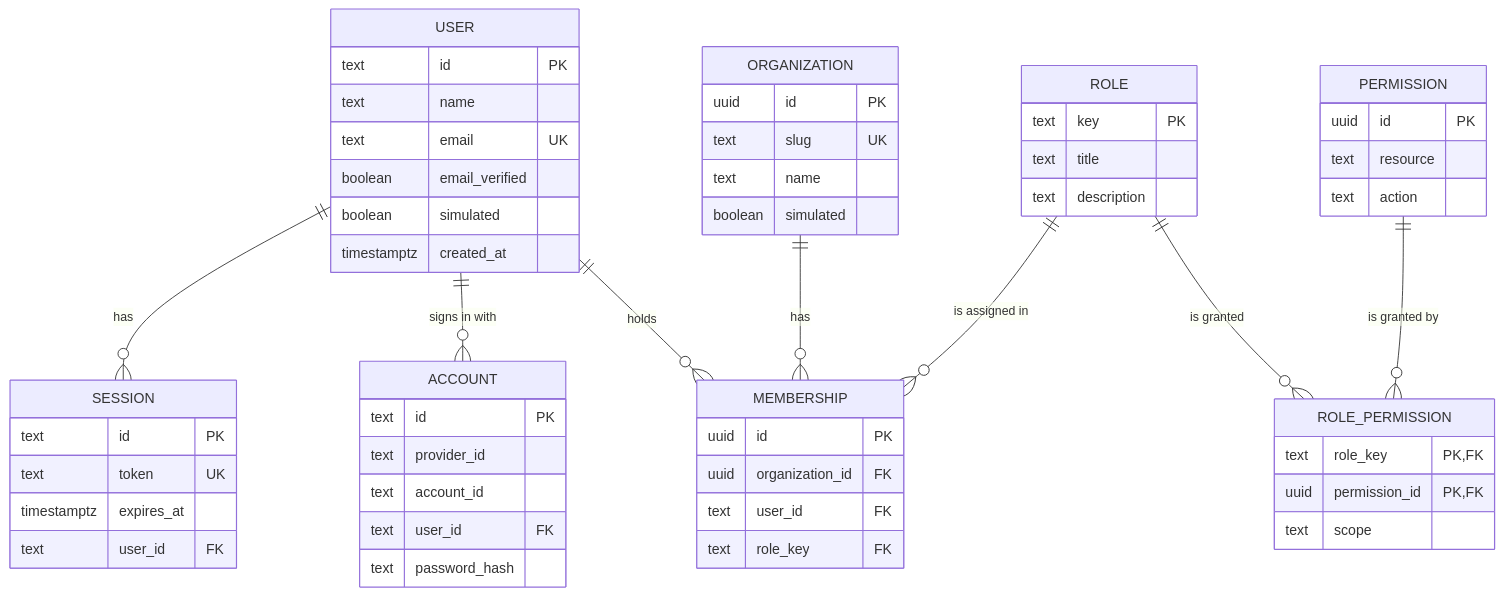
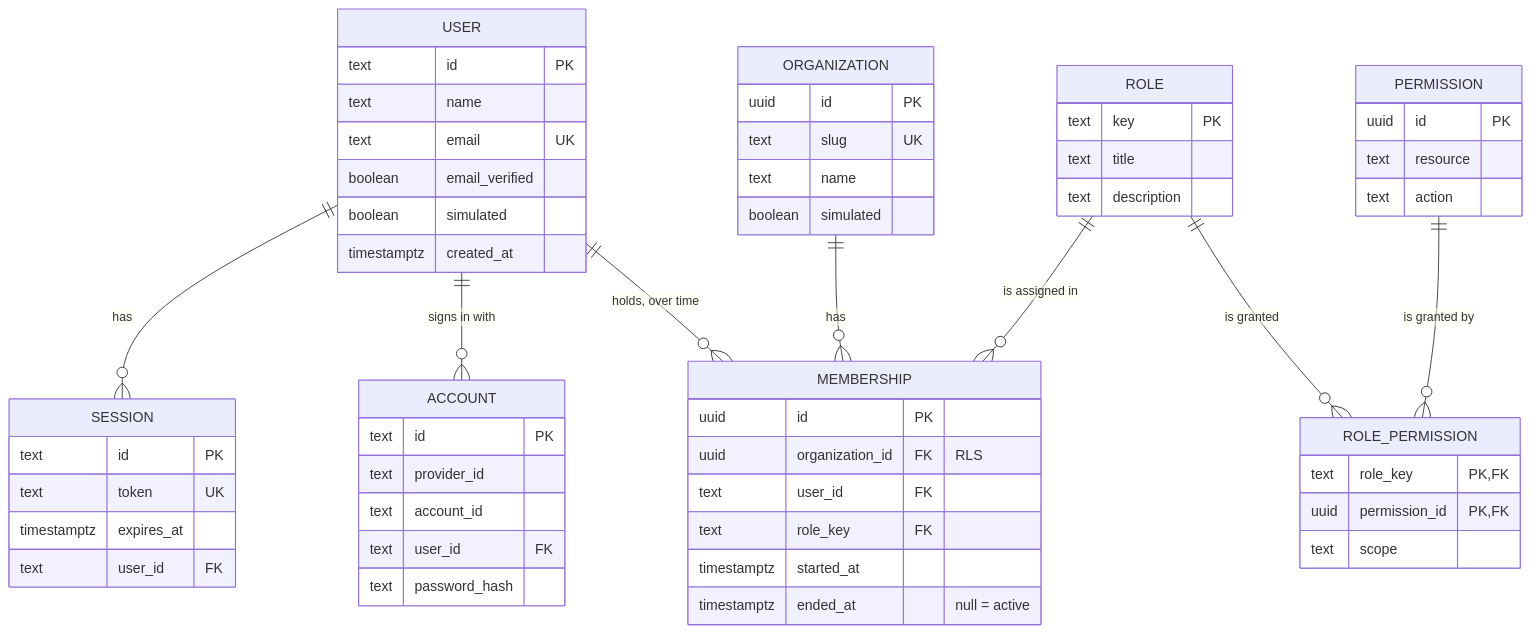
The diagram in docs/database/phase-1-database-architecture.md (tifanyporto/expathio), drawn with Mermaid before and after one commit. The commit also changed other lines of this file and 4 other files, not shown here.

````diff
--- a/docs/database/phase-1-database-architecture.md
+++ b/docs/database/phase-1-database-architecture.md
@@ -70,59 +92,61 @@
 ```mermaid
 erDiagram
     USER ||--o{ SESSION : "has"
     USER ||--o{ ACCOUNT : "signs in with"
-    USER ||--o{ MEMBERSHIP : "holds"
+    USER ||--o{ MEMBERSHIP : "holds, over time"
     ORGANIZATION ||--o{ MEMBERSHIP : "has"
     ROLE ||--o{ MEMBERSHIP : "is assigned in"
     ROLE ||--o{ ROLE_PERMISSION : "is granted"
     PERMISSION ||--o{ ROLE_PERMISSION : "is granted by"
 
     USER {
         text id PK
         text name
         text email UK
         boolean email_verified
         boolean simulated
         timestamptz created_at
     }
     SESSION {
         text id PK
         text token UK
         timestamptz expires_at
         text user_id FK
     }
     ACCOUNT {
         text id PK
         text provider_id
         text account_id
         text user_id FK
         text password_hash
     }
     ORGANIZATION {
         uuid id PK
         text slug UK
         text name
         boolean simulated
     }
     MEMBERSHIP {
         uuid id PK
-        uuid organization_id FK
+        uuid organization_id FK "RLS"
         text user_id FK
         text role_key FK
+        timestamptz started_at
+        timestamptz ended_at "null = active"
     }
     ROLE {
         text key PK
         text title
         text description
     }
     PERMISSION {
         uuid id PK
         text resource
         text action
     }
     ROLE_PERMISSION {
         text role_key PK,FK
         uuid permission_id PK,FK
         text scope
     }
 ```
````
